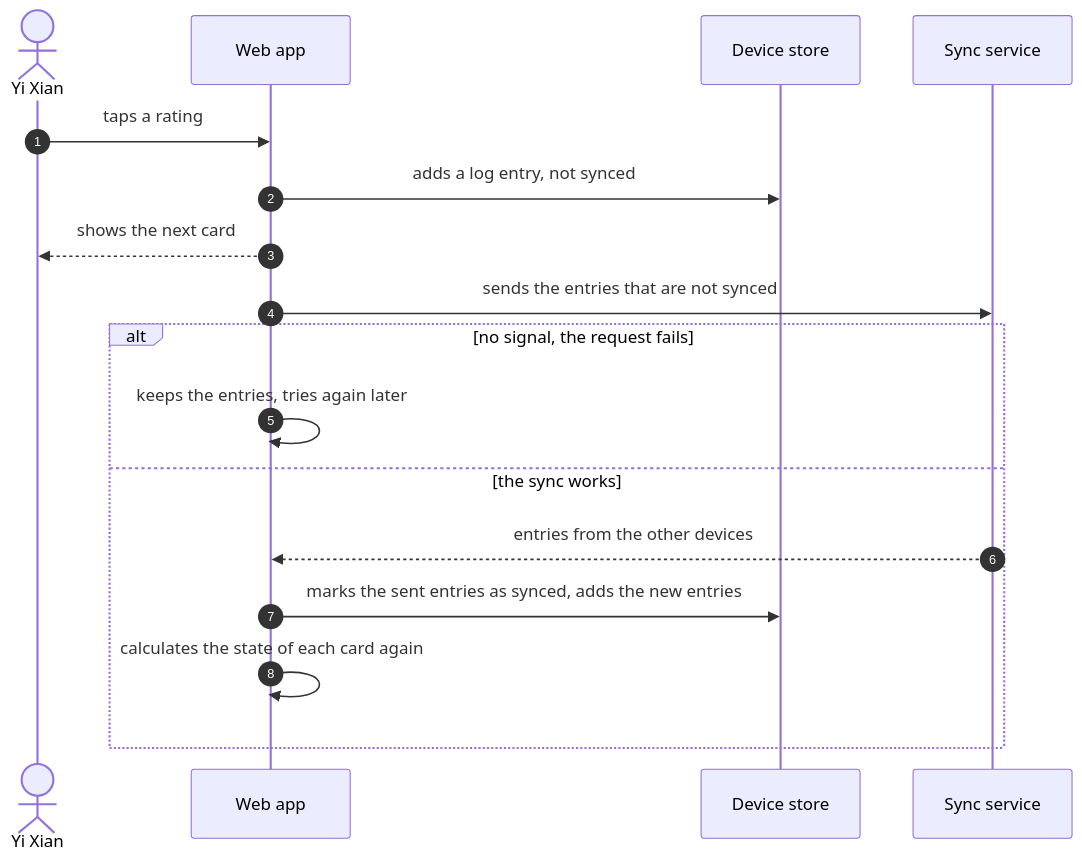
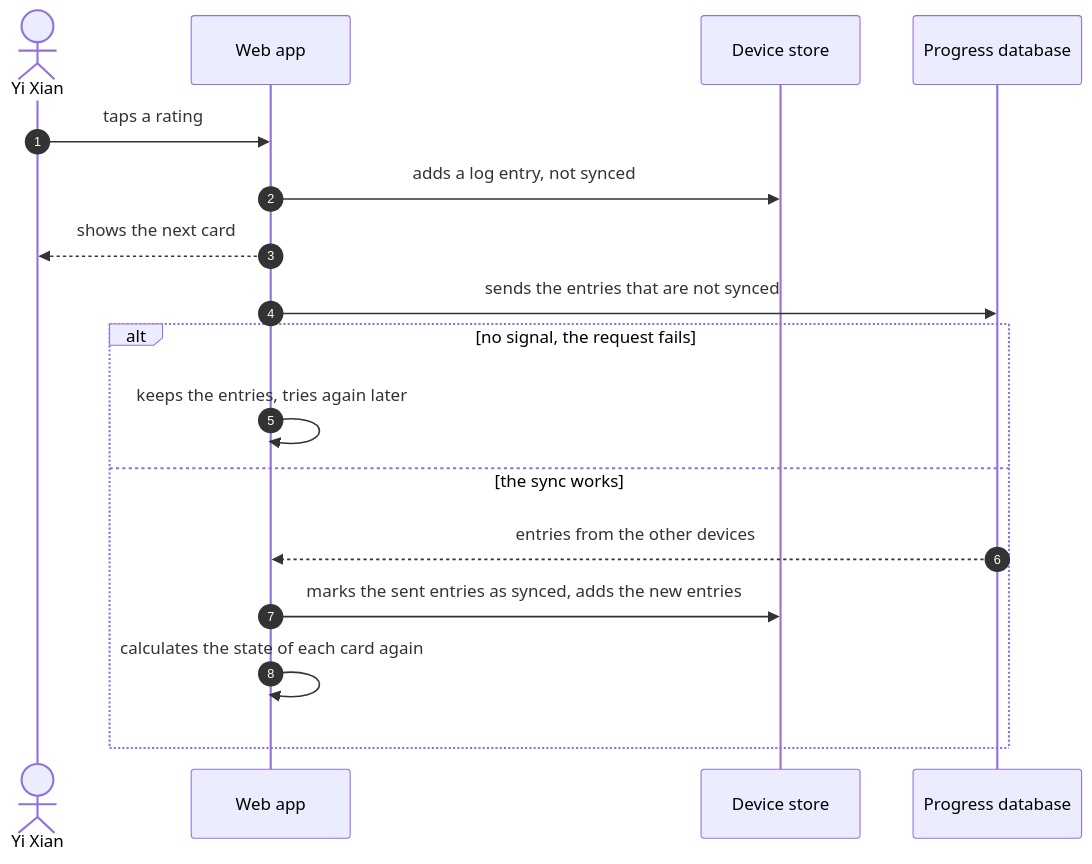
Before and after one commit to lyeyixian/leetcode-flashcards: the third of 3 diagrams in docs/architecture/README.md, drawn with Mermaid. The commit also changed other lines of this file and 3 other files, not shown here.

````diff
--- a/docs/architecture/README.md
+++ b/docs/architecture/README.md
@@ -84,20 +79,20 @@
 ```mermaid
 sequenceDiagram
     autonumber
     actor User as Yi Xian
     participant App as Web app
     participant Local as Device store
-    participant Sync as Sync service
+    participant DB as Progress database
 
     User->>App: taps a rating
     App->>Local: adds a log entry, not synced
     App-->>User: shows the next card
-    App->>Sync: sends the entries that are not synced
+    App->>DB: sends the entries that are not synced
     alt no signal, the request fails
         App->>App: keeps the entries, tries again later
     else the sync works
-        Sync-->>App: entries from the other devices
+        DB-->>App: entries from the other devices
         App->>Local: marks the sent entries as synced, adds the new entries
         App->>App: calculates the state of each card again
     end
 ```
````
